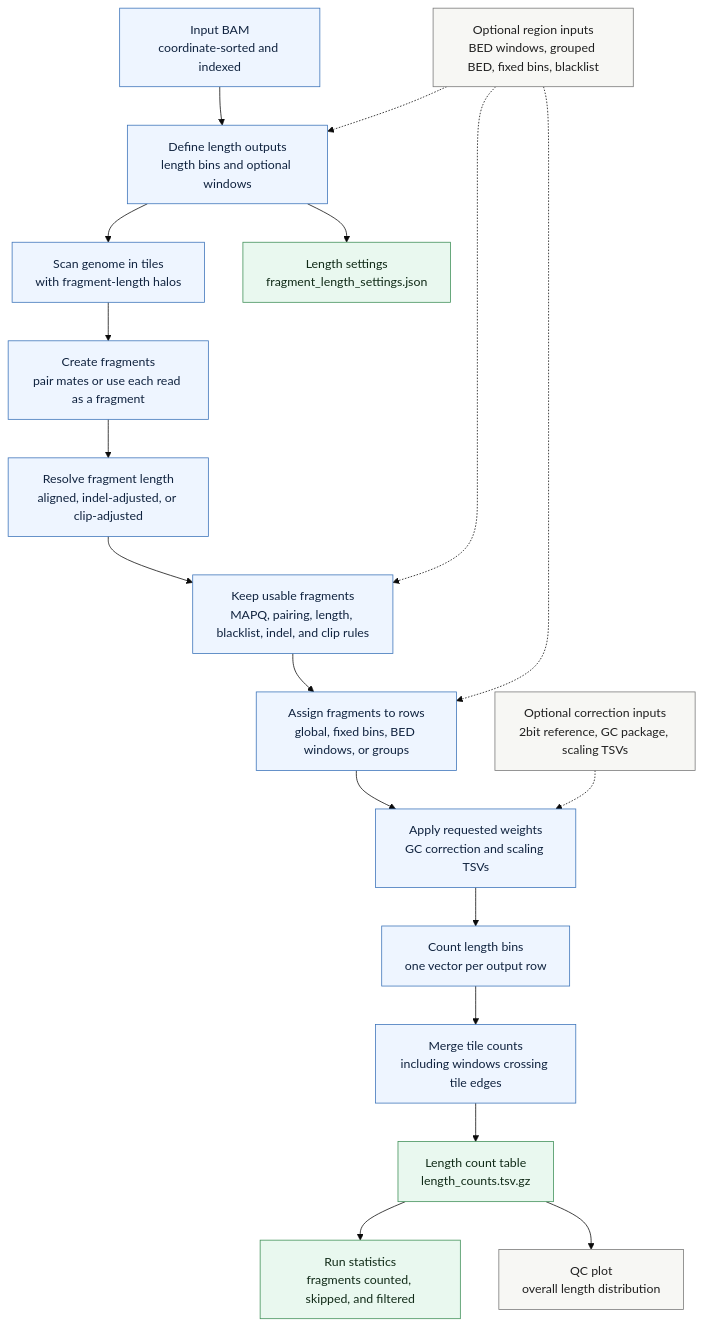
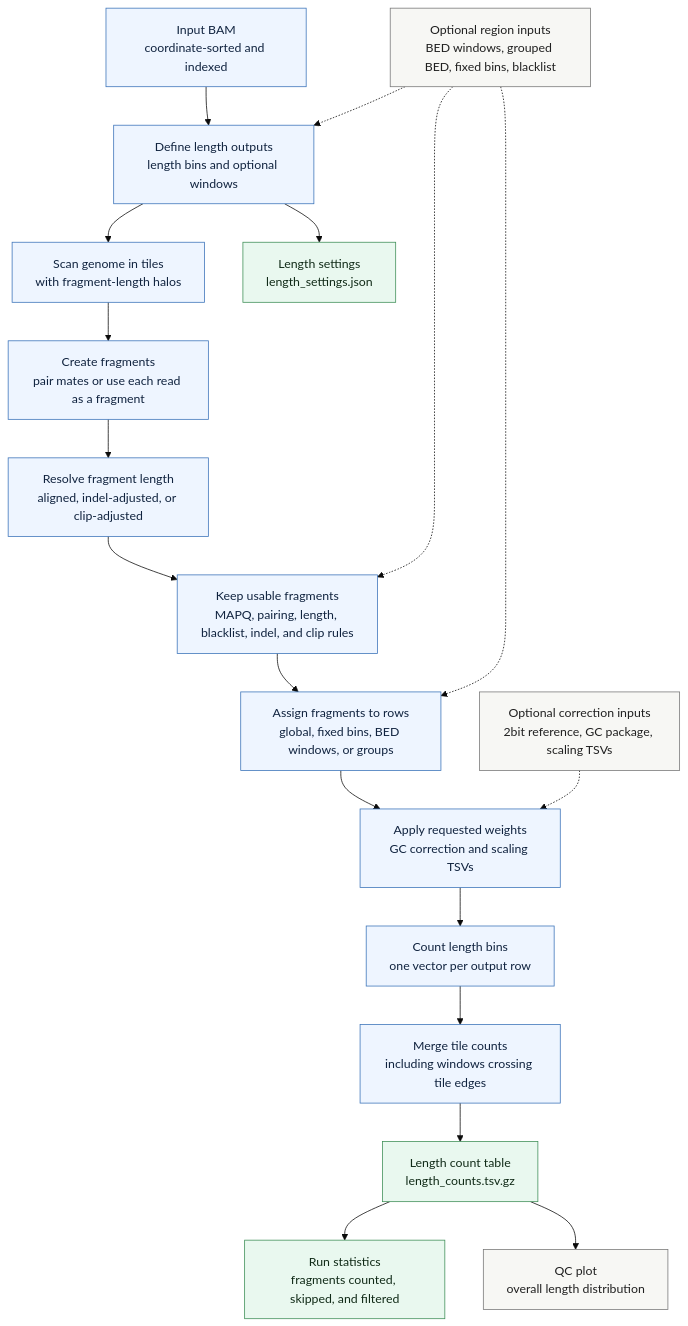
The diagram in .AI/docs/command_pipelines/lengths.md (BesenbacherLab/cfDNAlab), drawn with Mermaid (base theme) before and after one commit. The commit also changed 10 other files, not shown here.

Commit message:
Renames length settings json. Fixes tests

````diff
--- a/.AI/docs/command_pipelines/lengths.md
+++ b/.AI/docs/command_pipelines/lengths.md
@@ -7,37 +7,37 @@
 ```mermaid
 flowchart TD
     input["Input BAM<br/>coordinate-sorted and indexed"]
     setup["Define length outputs<br/>length bins and optional windows"]
     tiles["Scan genome in tiles<br/>with fragment-length halos"]
     fragments["Create fragments<br/>pair mates or use each read as a fragment"]
     length_model["Resolve fragment length<br/>aligned, indel-adjusted, or clip-adjusted"]
     filters["Keep usable fragments<br/>MAPQ, pairing, length, blacklist, indel, and clip rules"]
     rows["Assign fragments to rows<br/>global, fixed bins, BED windows, or groups"]
     weights["Apply requested weights<br/>GC correction and scaling TSVs"]
     count["Count length bins<br/>one vector per output row"]
     merge["Merge tile counts<br/>including windows crossing tile edges"]
     table["Length count table<br/>length_counts.tsv.gz"]
-    settings["Length settings<br/>fragment_length_settings.json"]
+    settings["Length settings<br/>length_settings.json"]
     plot["QC plot<br/>overall length distribution"]
     stats["Run statistics<br/>fragments counted, skipped, and filtered"]
 
     region_inputs["Optional region inputs<br/>BED windows, grouped BED, fixed bins, blacklist"]
     correction_inputs["Optional correction inputs<br/>2bit reference, GC package, scaling TSVs"]
 
     input --> setup --> tiles --> fragments --> length_model --> filters --> rows --> weights --> count --> merge --> table --> stats
     setup --> settings
     table --> plot
 
     region_inputs -.-> setup
     region_inputs -.-> filters
     region_inputs -.-> rows
     correction_inputs -.-> weights
 
     classDef core fill:#eef5ff,stroke:#3b73b9,color:#10233f;
     classDef optional fill:#f7f7f4,stroke:#777,color:#202020;
     classDef outputClass fill:#e9f8ef,stroke:#3e8f57,color:#102a17;
 
     class input,setup,tiles,fragments,length_model,filters,rows,weights,count,merge core;
     class region_inputs,correction_inputs,plot optional;
     class table,settings,stats outputClass;
 ```
````
